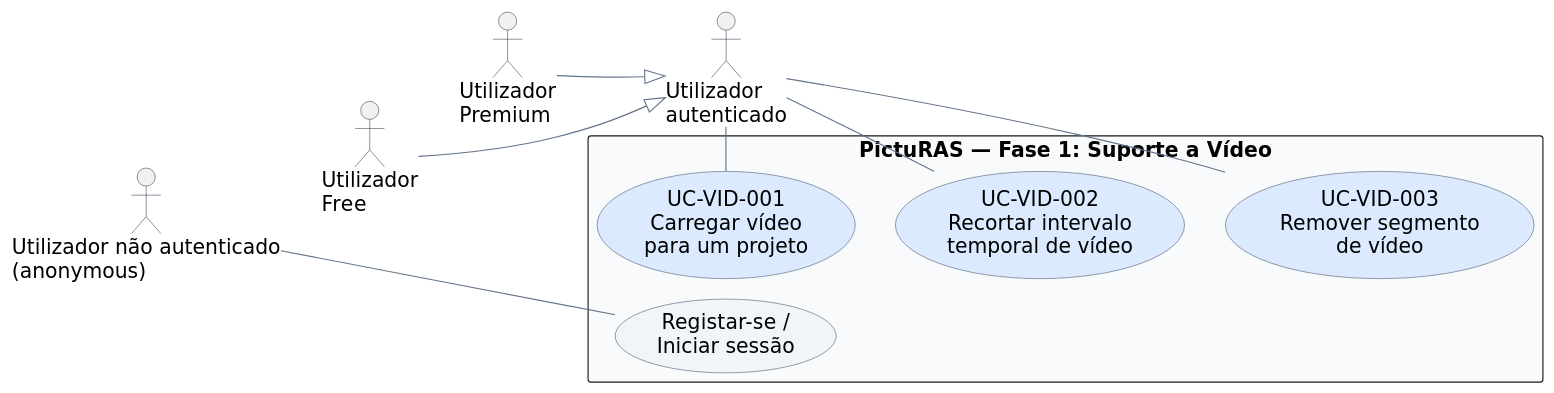
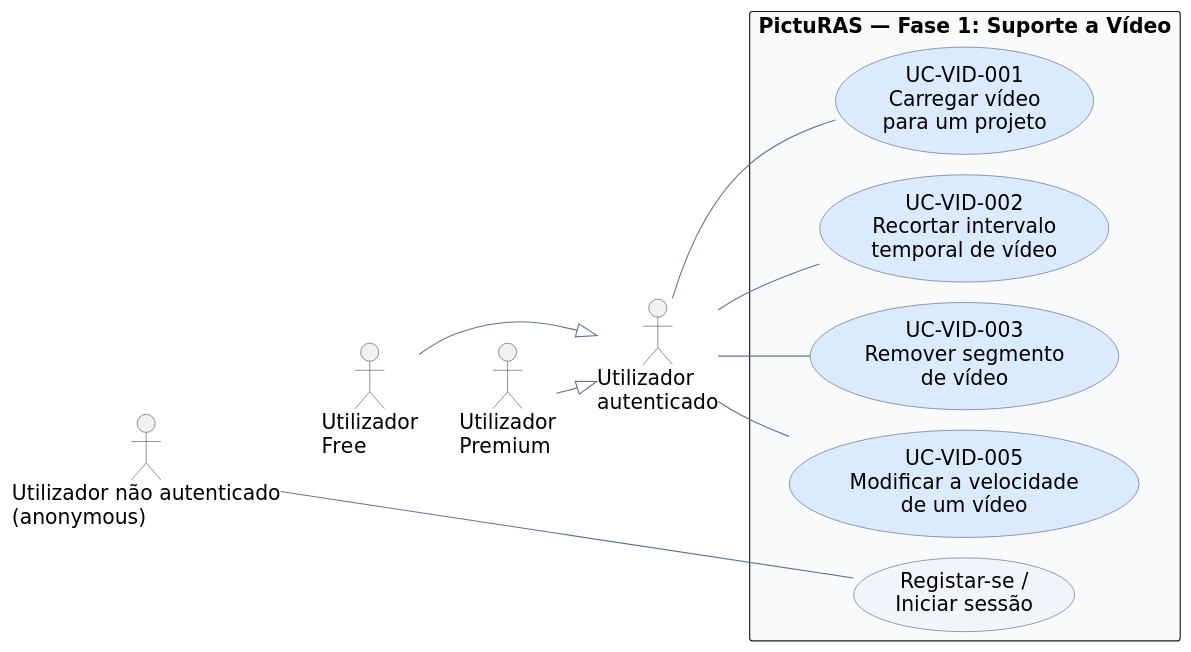
One commit to simaoaraujo27/picturas-27 changed the diagram in fase1/report/images/picturas_usecases_video.puml. Above: the diagram before and after it, drawn with PlantUML. The commit also changed 14 other files, not shown here.

```diff
--- a/fase1/report/images/picturas_usecases_video.puml
+++ b/fase1/report/images/picturas_usecases_video.puml
@@ -1,41 +1,44 @@
 @startuml
 !pragma layout smetana
 left to right direction
 
 skinparam backgroundColor #FFFFFF
 skinparam shadowing false
 skinparam defaultFontName DejaVu Sans
 skinparam defaultFontSize 18
 skinparam ActorBorderColor #334155
 skinparam ArrowColor #64748B
 skinparam UsecaseBorderColor #475569
 skinparam UsecaseBackgroundColor #EFF6FF
 skinparam nodesep 24
 skinparam ranksep 30
 
 actor "Utilizador\nautenticado" as Auth
 actor "Utilizador\nFree" as Free
 actor "Utilizador\nPremium" as Premium
 actor "Utilizador não autenticado\n(anonymous)" as Anonymous
 
 Free --|> Auth
 Premium --|> Auth
 Anonymous -[hidden]down- Free
 Free -[hidden]down- Premium
 Premium -[hidden]down- Auth
 
 rectangle "PictuRAS — Fase 1: Suporte a Vídeo" #F8FAFC {
   usecase "UC-VID-001\nCarregar vídeo\npara um projeto" as Upload #DBEAFE
   usecase "UC-VID-002\nRecortar intervalo\ntemporal de vídeo" as Trim #DBEAFE
-  Upload -[hidden]down- Trim
+  Upload -[hidden]left- Trim
   usecase "UC-VID-003\nRemover segmento\nde vídeo" as RemoveSegment #DBEAFE
-  Trim -[hidden]down- RemoveSegment
+  Trim -[hidden]left- RemoveSegment
+  usecase "UC-VID-005\nModificar a velocidade\nde um vídeo" as Speed #DBEAFE
+  RemoveSegment -[hidden]left- Speed
   usecase "Registar-se /\nIniciar sessão" as Access #F1F5F9
 }
 
-Anonymous -right- Access
-Auth -right- Upload
-Auth -right- Trim
-Auth -right- RemoveSegment
+Anonymous -down- Access
+Auth -down- Upload
+Auth -down- Trim
+Auth -down- RemoveSegment
+Auth -down- Speed
 
 @enduml
```
